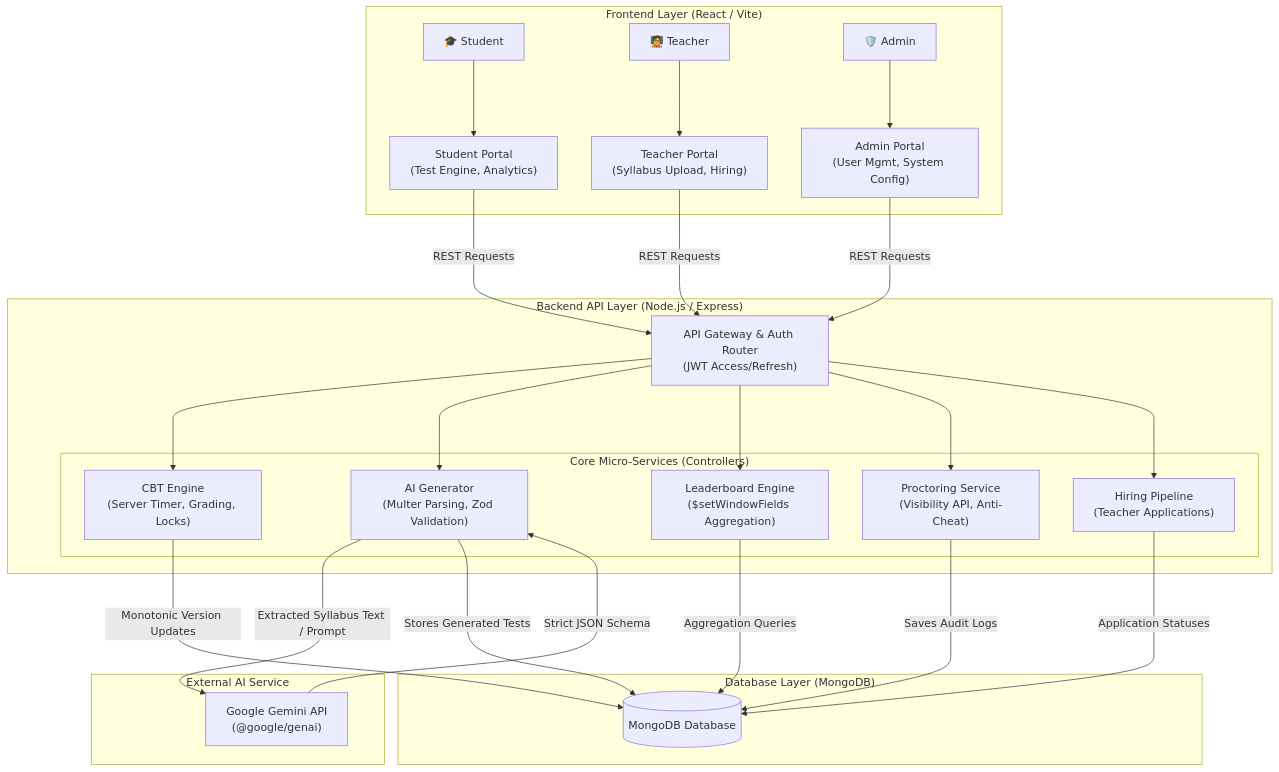
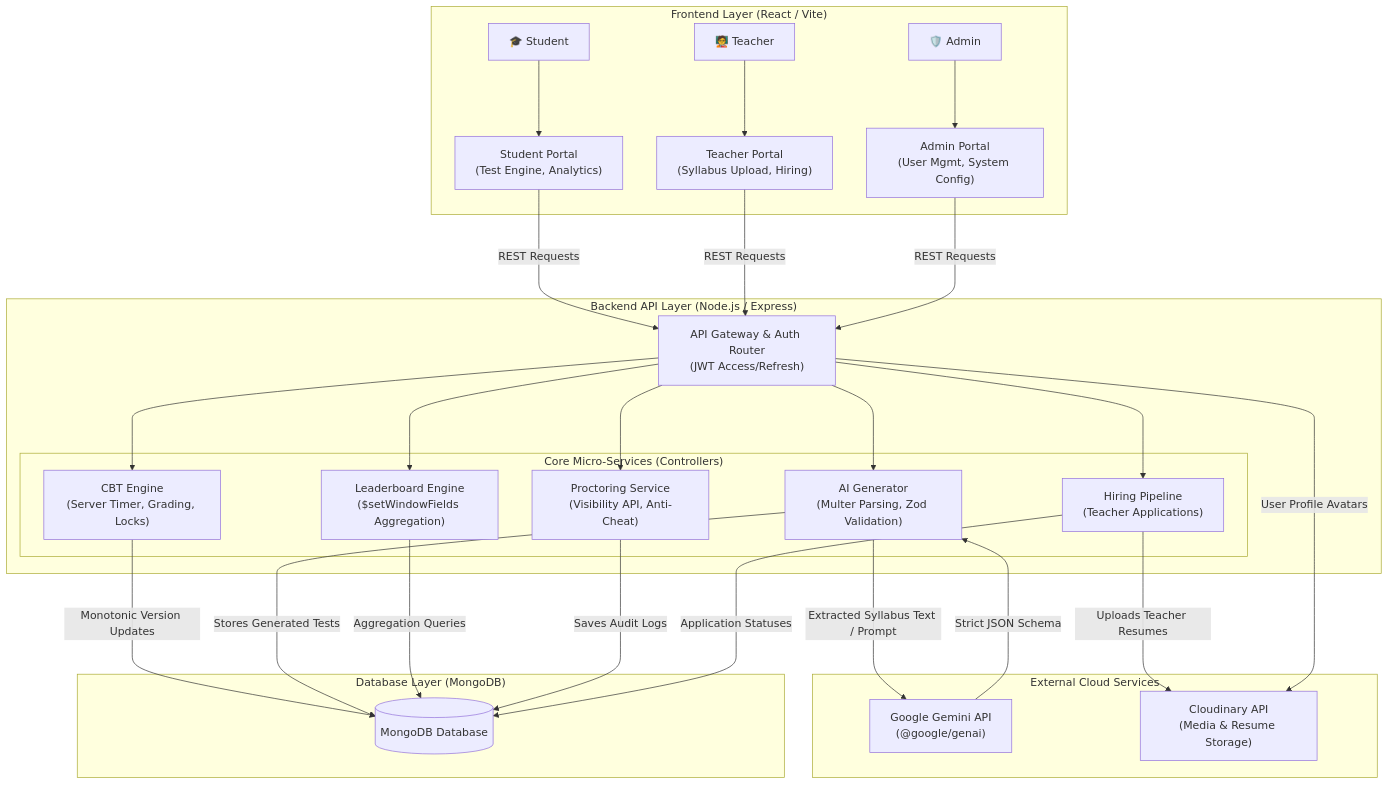
One commit to Soupal23/AlgoPrep changed the diagram in README.md. Above: the diagram before and after it, drawn with Mermaid.

````diff
--- a/README.md
+++ b/README.md
@@ -56,57 +56,61 @@
 ```mermaid
 graph TD
     %% User Roles
     subgraph "Frontend Layer (React / Vite)"
         S["🎓 Student"]
         T["🧑‍🏫 Teacher"]
         A["🛡️ Admin"]
         
         SP["Student Portal<br/>(Test Engine, Analytics)"]
         TP["Teacher Portal<br/>(Syllabus Upload, Hiring)"]
         AP["Admin Portal<br/>(User Mgmt, System Config)"]
         
         S ---> SP
         T ---> TP
         A ---> AP
     end
 
     %% Backend API Gateway
     subgraph "Backend API Layer (Node.js / Express)"
         API["API Gateway & Auth Router<br/>(JWT Access/Refresh)"]
         
         SP --->|REST Requests| API
         TP --->|REST Requests| API
         AP --->|REST Requests| API
         
         subgraph "Core Micro-Services (Controllers)"
             CBT["CBT Engine<br/>(Server Timer, Grading, Locks)"]
             AI["AI Generator<br/>(Multer Parsing, Zod Validation)"]
             LBD["Leaderboard Engine<br/>($setWindowFields Aggregation)"]
             PROC["Proctoring Service<br/>(Visibility API, Anti-Cheat)"]
             HR["Hiring Pipeline<br/>(Teacher Applications)"]
         end
         
         API ---> CBT
         API ---> AI
         API ---> LBD
         API ---> PROC
         API ---> HR
     end
 
-    %% External Services
-    subgraph "External AI Service"
+    %% External Cloud Services
+    subgraph "External Cloud Services"
         GEMINI["Google Gemini API<br/>(@google/genai)"]
+        CLOUDINARY["Cloudinary API<br/>(Media & Resume Storage)"]
     end
     AI --->|Extracted Syllabus Text / Prompt| GEMINI
     GEMINI --->|Strict JSON Schema| AI
+    
+    HR --->|Uploads Teacher Resumes| CLOUDINARY
+    API --->|User Profile Avatars| CLOUDINARY
 
     %% Database Layer
     subgraph "Database Layer (MongoDB)"
         DB[("MongoDB Database")]
         CBT --->|Monotonic Version Updates| DB
         AI --->|Stores Generated Tests| DB
         LBD --->|Aggregation Queries| DB
         PROC --->|Saves Audit Logs| DB
         HR --->|Application Statuses| DB
     end
 ```
````
